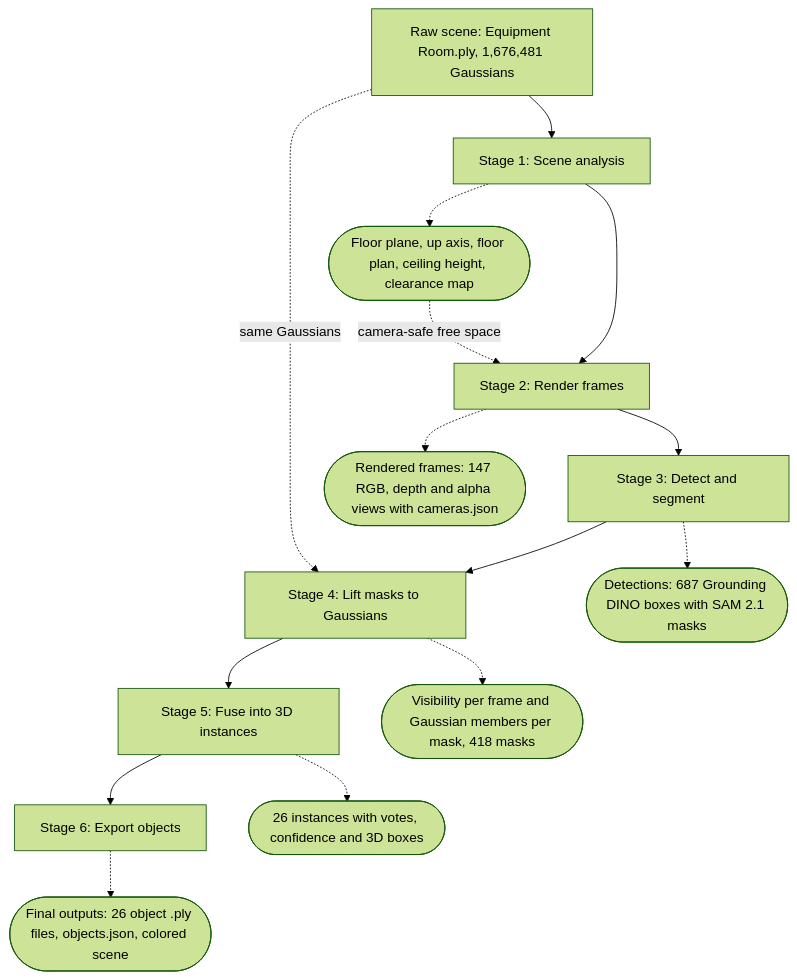
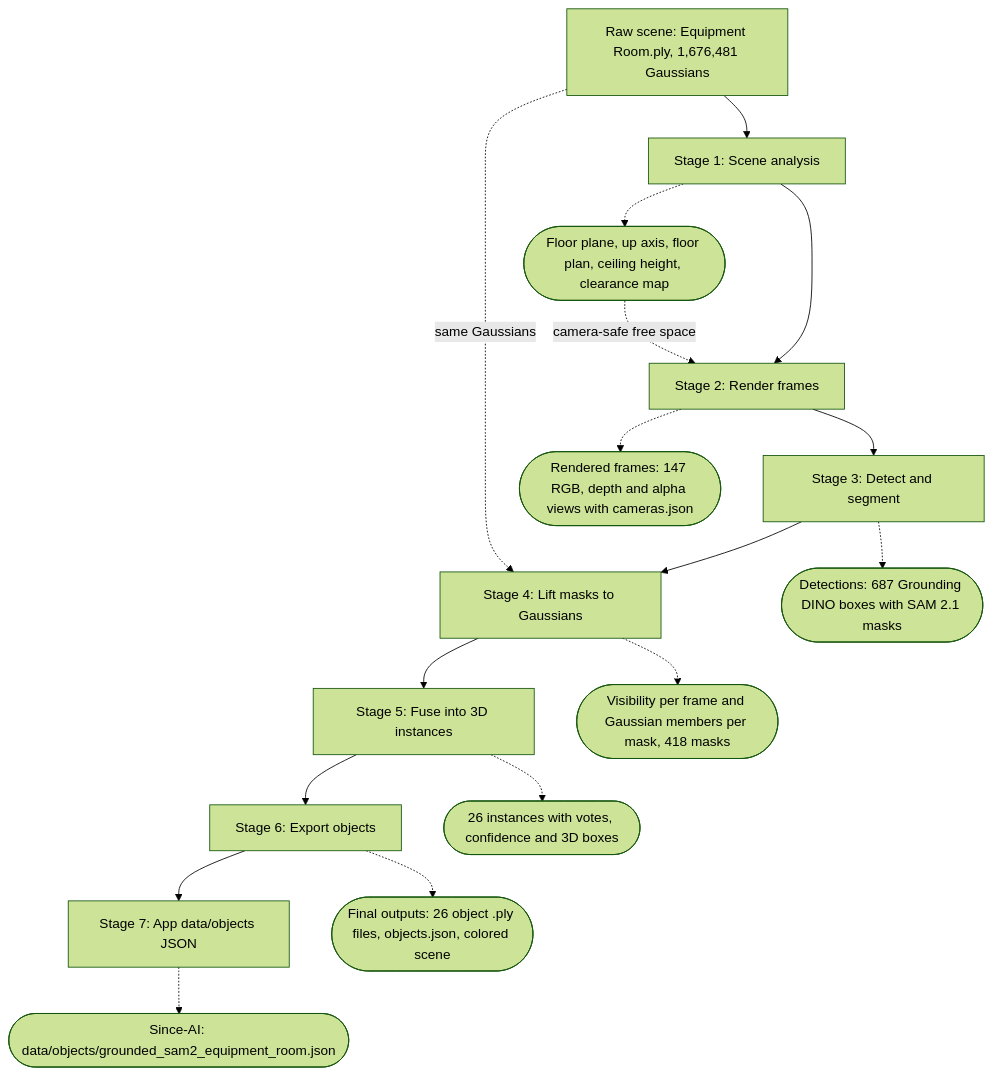
One commit to HaroonRiasat1/since-ai-valmet changed the diagram in Objects-Extraction/GroundingDino-SAM2/docs/README.md. Above: the diagram before and after it, drawn with Mermaid (forest theme). The commit also changed other lines of this file and 9 other files, not shown here.

First line of the commit message:
Export Grounded-SAM-2 objects into the app's data/objects format

````diff
--- a/Objects-Extraction/GroundingDino-SAM2/docs/README.md
+++ b/Objects-Extraction/GroundingDino-SAM2/docs/README.md
@@ -19,25 +19,28 @@
 ```mermaid
 flowchart TD
     raw["Raw scene: Equipment Room.ply, 1,676,481 Gaussians"]
     s1["Stage 1: Scene analysis"]
     s2["Stage 2: Render frames"]
     s3["Stage 3: Detect and segment"]
     s4["Stage 4: Lift masks to Gaussians"]
     s5["Stage 5: Fuse into 3D instances"]
     s6["Stage 6: Export objects"]
+    s7["Stage 7: App data/objects JSON"]
     a1(["Floor plane, up axis, floor plan, ceiling height, clearance map"])
     a2(["Rendered frames: 147 RGB, depth and alpha views with cameras.json"])
     a3(["Detections: 687 Grounding DINO boxes with SAM 2.1 masks"])
     a4(["Visibility per frame and Gaussian members per mask, 418 masks"])
     a5(["26 instances with votes, confidence and 3D boxes"])
     a6(["Final outputs: 26 object .ply files, objects.json, colored scene"])
-    raw --> s1 --> s2 --> s3 --> s4 --> s5 --> s6
+    a7(["Since-AI: data/objects/grounded_sam2_equipment_room.json"])
+    raw --> s1 --> s2 --> s3 --> s4 --> s5 --> s6 --> s7
     s1 -.-> a1
     s2 -.-> a2
     s3 -.-> a3
     s4 -.-> a4
     s5 -.-> a5
     s6 -.-> a6
+    s7 -.-> a7
     a1 -.->|"camera-safe free space"| s2
     raw -.->|"same Gaussians"| s4
 ```
````
